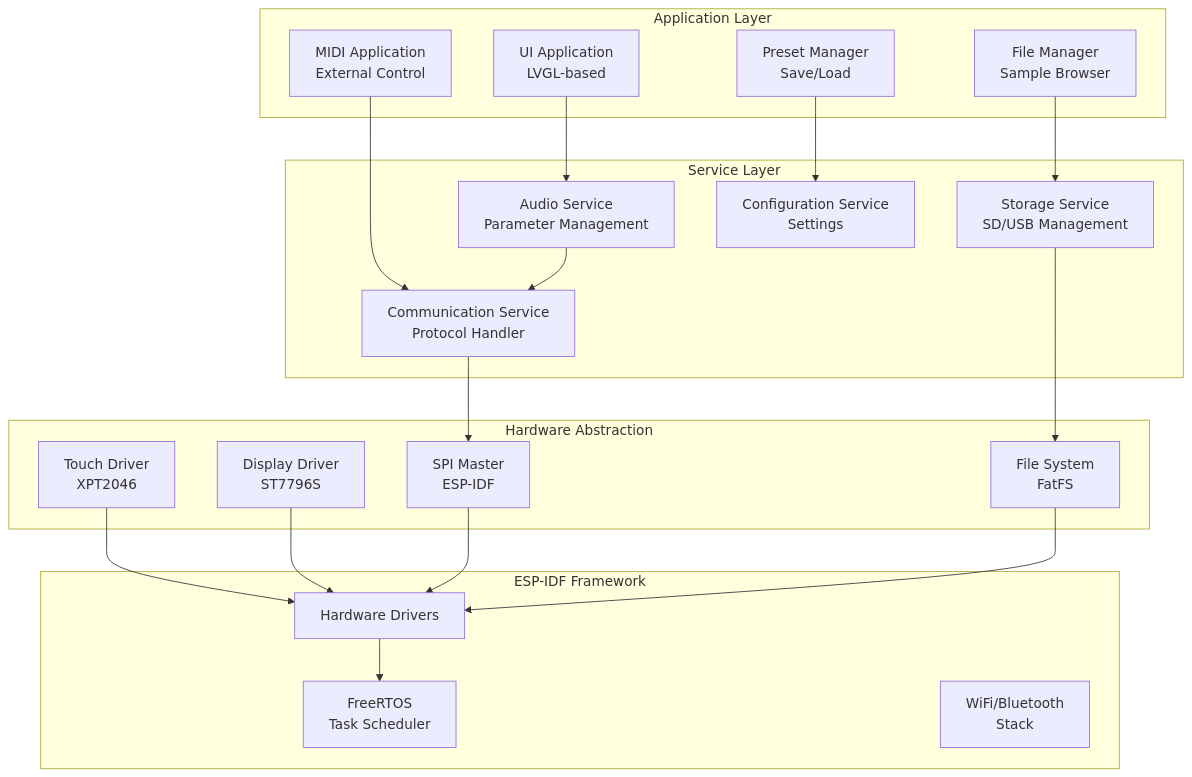
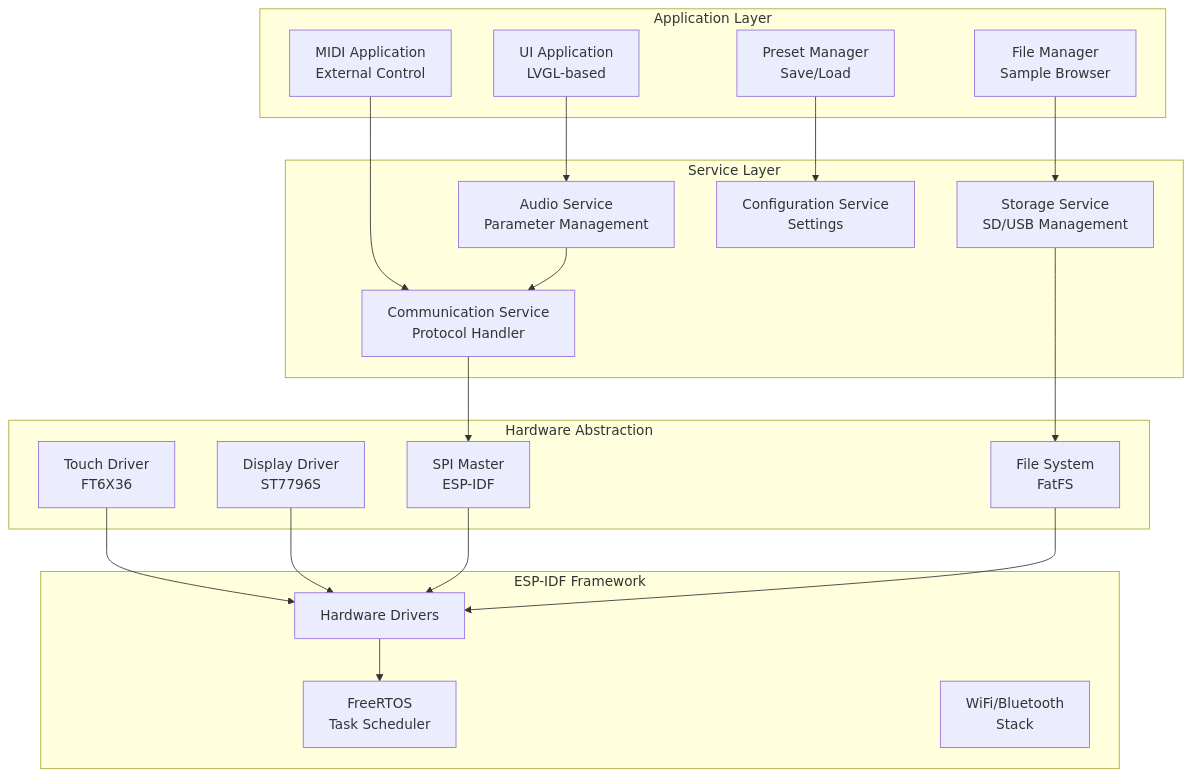
One commit to pmorgantech/WaveX changed the third of 7 diagrams in docs/system-architecture.md. Above: the diagram before and after it, drawn with Mermaid. The commit also changed 3 other files, not shown here.

````diff
--- a/docs/system-architecture.md
+++ b/docs/system-architecture.md
@@ -116,45 +116,45 @@
 ```mermaid
 graph TD
     subgraph "Application Layer"
         UI_APP[UI Application<br/>LVGL-based]
         FILE_MGR[File Manager<br/>Sample Browser]
         PRESET_MGR[Preset Manager<br/>Save/Load]
         MIDI_APP[MIDI Application<br/>External Control]
     end
     
     subgraph "Service Layer"
         AUDIO_SVC[Audio Service<br/>Parameter Management]
         COMM_SVC[Communication Service<br/>Protocol Handler]
         STORAGE_SVC[Storage Service<br/>SD/USB Management]
         CONFIG_SVC[Configuration Service<br/>Settings]
     end
     
     subgraph "Hardware Abstraction"
-        TOUCH_HAL[Touch Driver<br/>XPT2046]
+        TOUCH_HAL[Touch Driver<br/>FT6X36]
         DISPLAY_HAL[Display Driver<br/>ST7796S]
         SPI_HAL[SPI Master<br/>ESP-IDF]
         FS_HAL[File System<br/>FatFS]
     end
     
     subgraph "ESP-IDF Framework"
         FREERTOS[FreeRTOS<br/>Task Scheduler]
         DRIVERS[Hardware Drivers]
         NETWORK[WiFi/Bluetooth<br/>Stack]
     end
     
     UI_APP --> AUDIO_SVC
     FILE_MGR --> STORAGE_SVC
     PRESET_MGR --> CONFIG_SVC
     MIDI_APP --> COMM_SVC
     
     AUDIO_SVC --> COMM_SVC
     COMM_SVC --> SPI_HAL
     STORAGE_SVC --> FS_HAL
     
     TOUCH_HAL --> DRIVERS
     DISPLAY_HAL --> DRIVERS
     SPI_HAL --> DRIVERS
     FS_HAL --> DRIVERS
     
     DRIVERS --> FREERTOS
 ```
````
